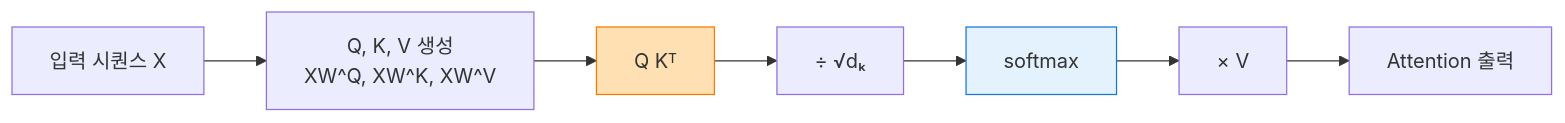
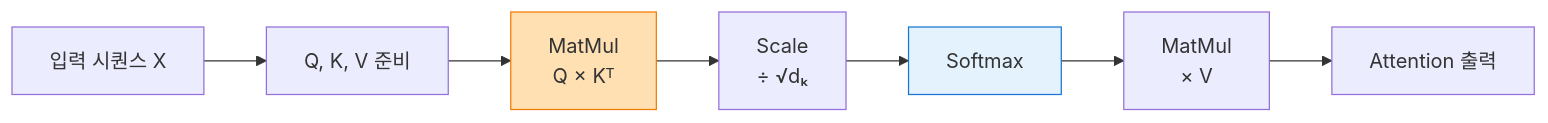
The second of 4 diagrams in content/study/Attention.md (Ricepunchb/Idsh-obsidian-garden), drawn with Mermaid before and after one commit. The commit also changed other lines of this file and 14 other files, not shown here.

````diff
--- a/content/study/Attention.md
+++ b/content/study/Attention.md
@@ -37,12 +36,13 @@
 ```mermaid
 %%{init: {'theme':'default'}}%%
 graph LR
-    X[입력 시퀀스 X] --> QKV[Q, K, V 생성<br/>XW^Q, XW^K, XW^V]
-    QKV --> Score[Q Kᵀ]
-    Score --> Scale[÷ √dₖ]
-    Scale --> Softmax[softmax]
-    Softmax --> Attn[× V]
+    X[입력 시퀀스 X] --> QKV[Q, K, V 준비]
+    QKV --> Score[MatMul<br/>Q × Kᵀ]
+    Score --> Scale[Scale<br/>÷ √dₖ]
+    Scale --> Softmax[Softmax]
+    Softmax --> Attn[MatMul<br/>× V]
     Attn --> Output[Attention 출력]
+    
     style Score fill:#FFE0B2,stroke:#F57C00
     style Softmax fill:#E3F2FD,stroke:#1976D2
 ```
````
